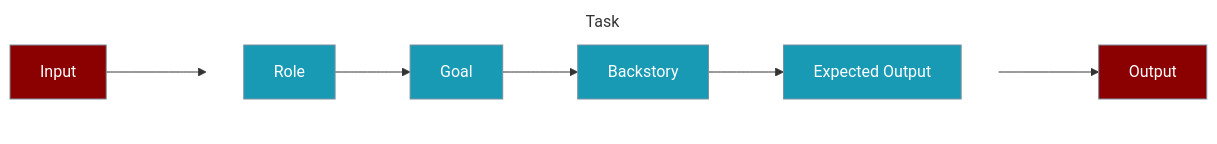
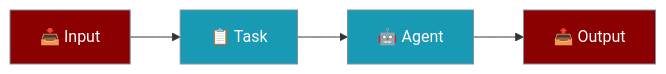
The first of 2 diagrams in docs/concepts/tasks.mdx (MervinPraison/PraisonAIDocs), drawn with Mermaid before and after one commit. The commit also changed other lines of this file, not shown here.

First line of the commit message:
Update tasks.mdx to match SDK Task class

````diff
--- a/docs/concepts/tasks.mdx
+++ b/docs/concepts/tasks.mdx
@@ -10,27 +10,12 @@
 ```mermaid
 graph LR
-    Input[Input] ---> Task
+    Input[📥 Input] --> Task[📋 Task]
+    Task --> Agent[🤖 Agent]
+    Agent --> Output[📤 Output]
     
-    subgraph Task
-        direction LR
-        Role[Role]
-        Goal[Goal]
-        Story[Backstory]
-        Expected[Expected Output]
-        
-        Role --> Goal
-        Goal --> Story
-        Story --> Expected
-    end
-    
-    Task ---> Output[Output]
-
     classDef input fill:#8B0000,stroke:#7C90A0,color:#fff
     classDef process fill:#189AB4,stroke:#7C90A0,color:#fff
-    classDef tools fill:#2E8B57,stroke:#7C90A0,color:#fff
-    classDef transparent fill:none,stroke:none
-
+    
     class Input,Output input
-    class Role,Goal,Story,Expected process
-    class Task transparent
+    class Task,Agent process
 ```
````
